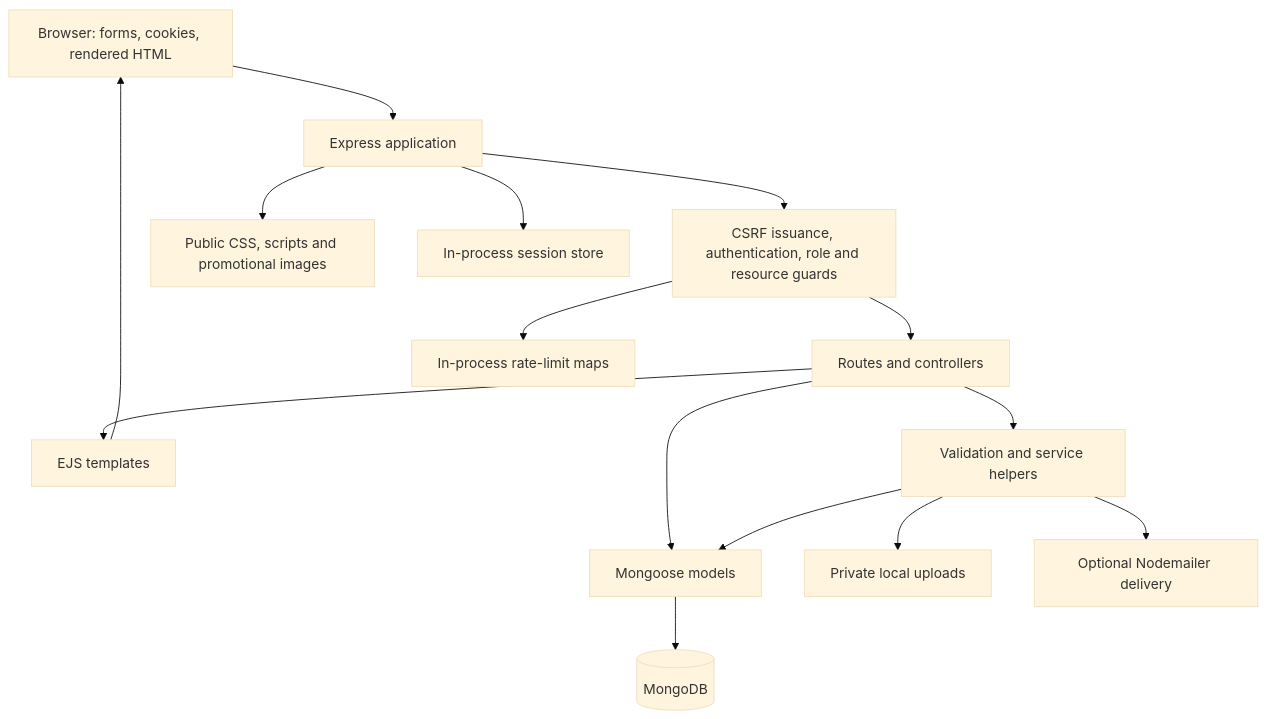
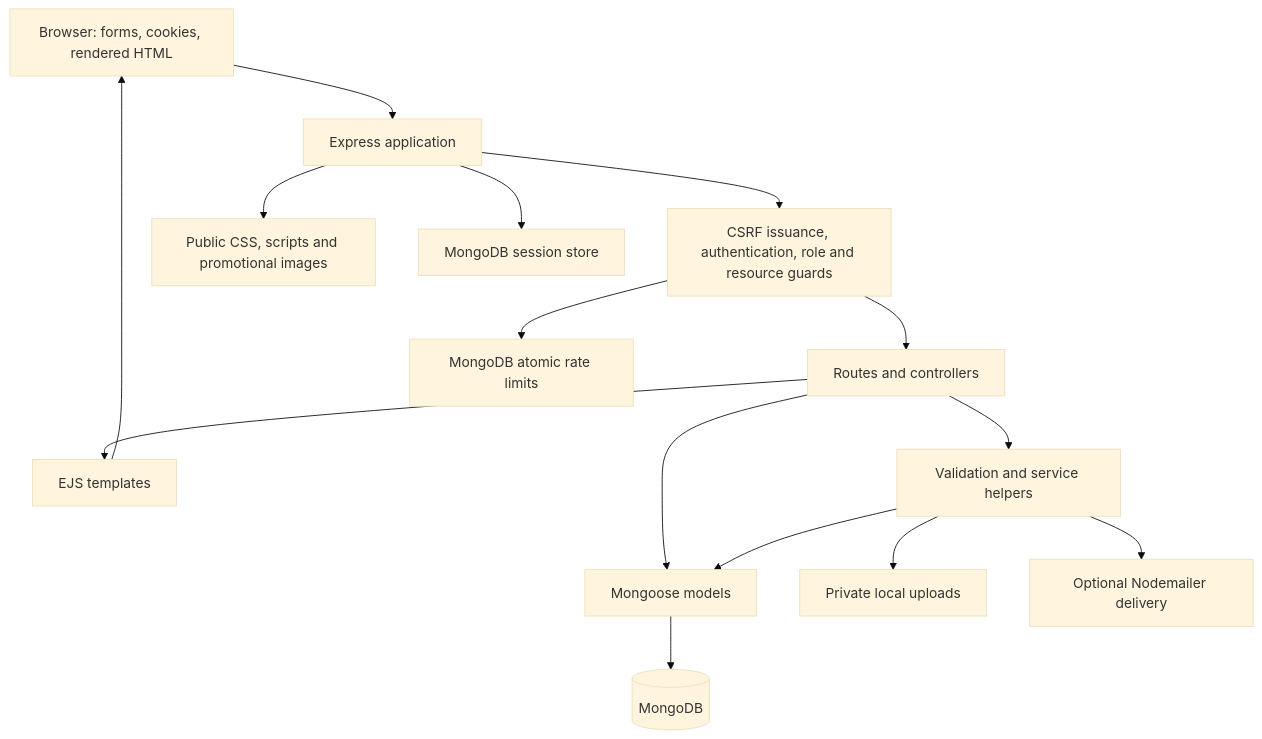
Before and after one commit to kunalpehere/CareCycle: the first of 3 diagrams in docs/architecture.md, drawn with Mermaid (base theme). The commit also changed other lines of this file and 32 other files, not shown here.

````diff
--- a/docs/architecture.md
+++ b/docs/architecture.md
@@ -21,17 +21,17 @@
 ```mermaid
 flowchart TD
     Browser[Browser: forms, cookies, rendered HTML] --> App[Express application]
     App --> Middleware[CSRF issuance, authentication, role and resource guards]
     Middleware --> Routes[Routes and controllers]
     Routes --> Views[EJS templates]
     Views --> Browser
     Routes --> Services[Validation and service helpers]
     Routes --> Models[Mongoose models]
     Services --> Models
     Models --> DB[(MongoDB)]
     Services --> Files[Private local uploads]
     Services --> SMTP[Optional Nodemailer delivery]
     App --> Static[Public CSS, scripts and promotional images]
-    App --> Sessions[In-process session store]
-    Middleware --> Limits[In-process rate-limit maps]
+    App --> Sessions[MongoDB session store]
+    Middleware --> Limits[MongoDB atomic rate limits]
 ```
````
